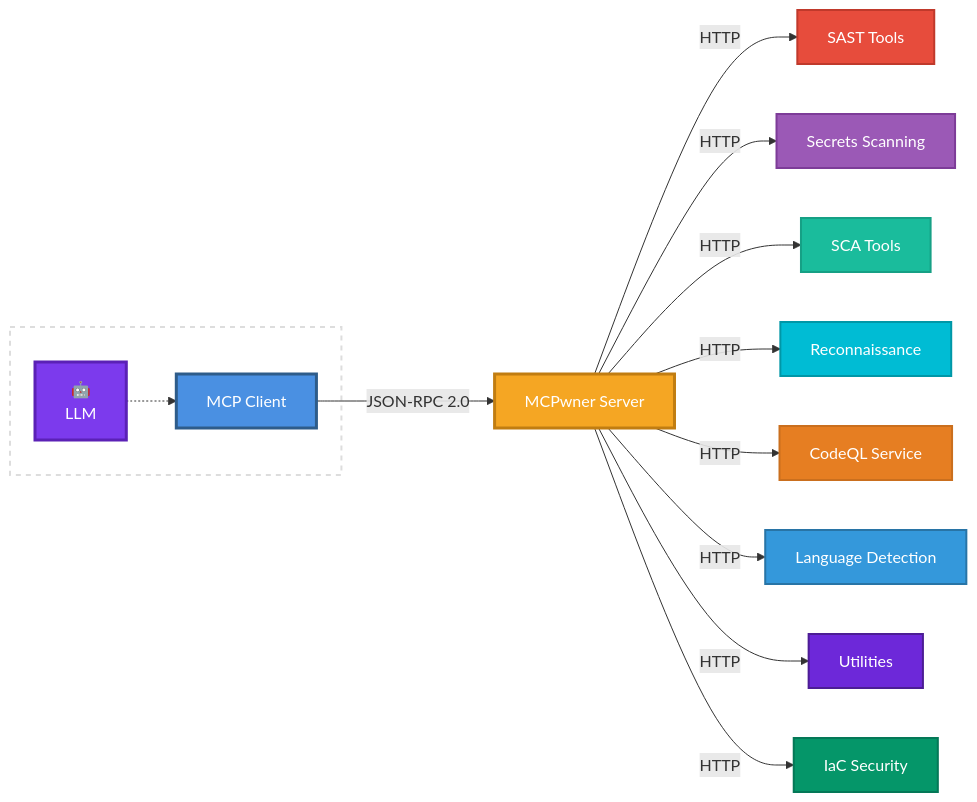
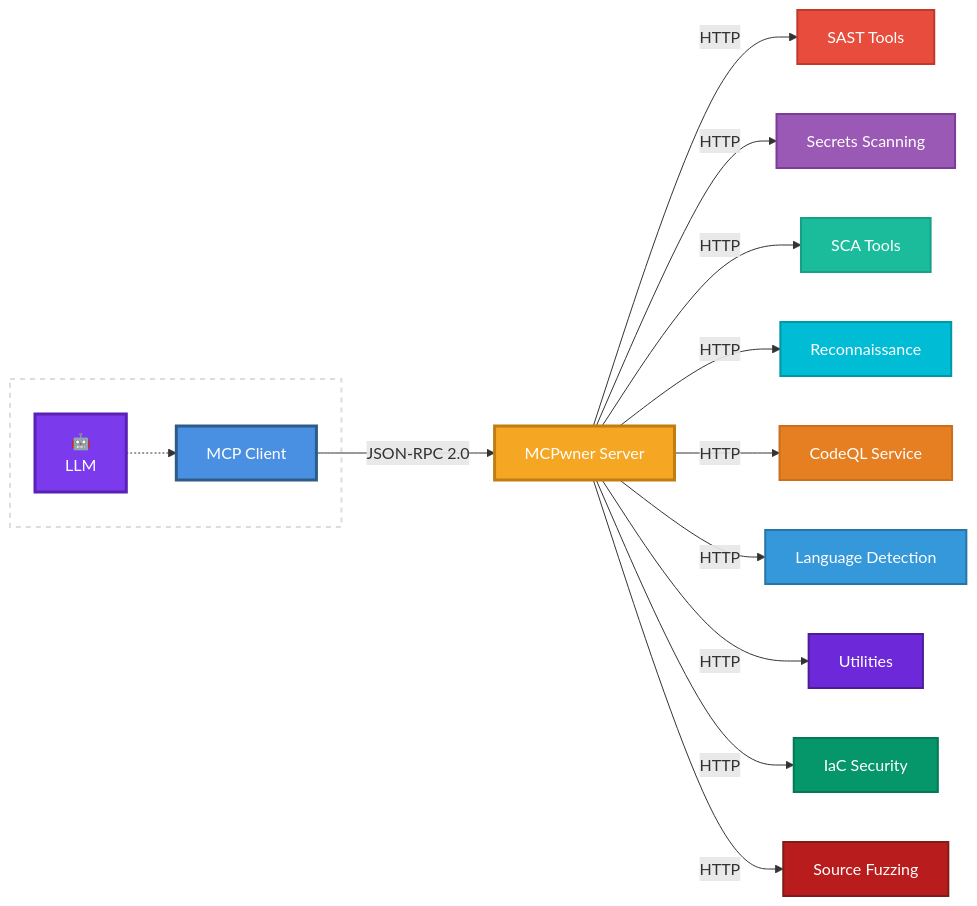
The diagram in README.md (Pigyon/MCPwner), drawn with Mermaid before and after one commit. The commit also changed other lines of this file and 4 other files, not shown here.

````diff
--- a/README.md
+++ b/README.md
@@ -256,42 +295,45 @@
 ```mermaid
 graph LR
     subgraph IDE[" "]
         LLM[🤖<br/>LLM]
         Client[MCP Client]
         LLM -.-> Client
     end
 
     Server[MCPwner Server]
 
     SAST[SAST Tools]
     Secrets[Secrets Scanning]
     SCA[SCA Tools]
     Recon[Reconnaissance]
     CodeQL[CodeQL Service]
     Linguist[Language Detection]
     Utilities[Utilities]
     IaC[IaC Security]
+    Fuzzing[Source Fuzzing]
 
     Client -->|JSON-RPC 2.0| Server
     Server -->|HTTP| SAST
     Server -->|HTTP| Secrets
     Server -->|HTTP| SCA
     Server -->|HTTP| Recon
     Server -->|HTTP| CodeQL
     Server -->|HTTP| Linguist
     Server -->|HTTP| Utilities
     Server -->|HTTP| IaC
+    Server -->|HTTP| Fuzzing
 
     style LLM fill:#7C3AED,stroke:#5B21B6,stroke-width:3px,color:#fff
     style Client fill:#4A90E2,stroke:#2E5C8A,stroke-width:3px,color:#fff
     style Server fill:#F5A623,stroke:#C17D11,stroke-width:3px,color:#fff
     style SAST fill:#E74C3C,stroke:#C0392B,stroke-width:2px,color:#fff
     style Secrets fill:#9B59B6,stroke:#7D3C98,stroke-width:2px,color:#fff
     style SCA fill:#1ABC9C,stroke:#16A085,stroke-width:2px,color:#fff
     style Recon fill:#00BCD4,stroke:#0097A7,stroke-width:2px,color:#fff
     style CodeQL fill:#E67E22,stroke:#CA6F1E,stroke-width:2px,color:#fff
     style Linguist fill:#3498DB,stroke:#2874A6,stroke-width:2px,color:#fff
     style Utilities fill:#6D28D9,stroke:#4C1D95,stroke-width:2px,color:#fff
     style IaC fill:#059669,stroke:#047857,stroke-width:2px,color:#fff
+    style Fuzzing fill:#B91C1C,stroke:#7F1D1D,stroke-width:2px,color:#fff
     style IDE fill:none,stroke:#ddd,stroke-width:2px,stroke-dasharray: 5 5
 ```
````
